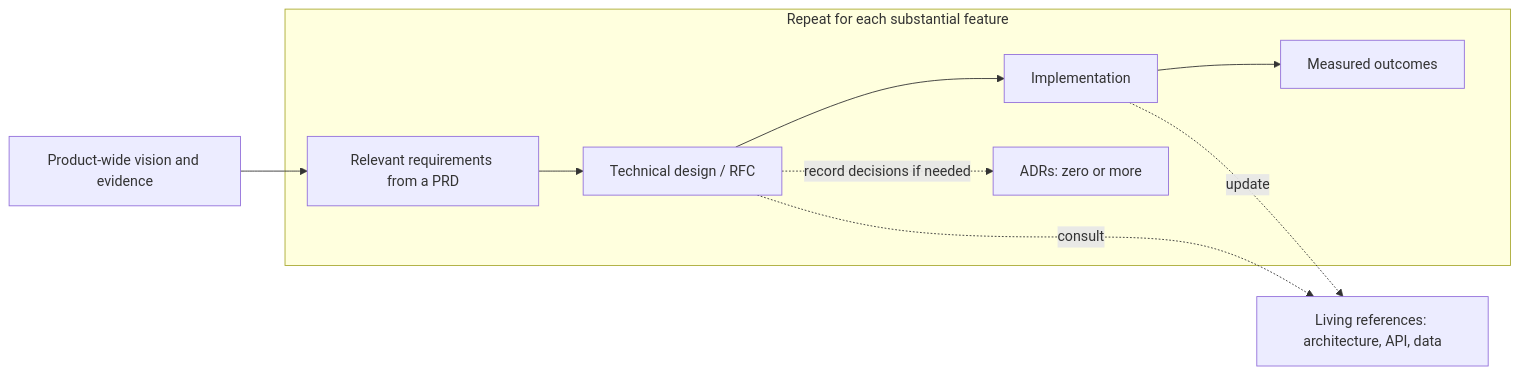
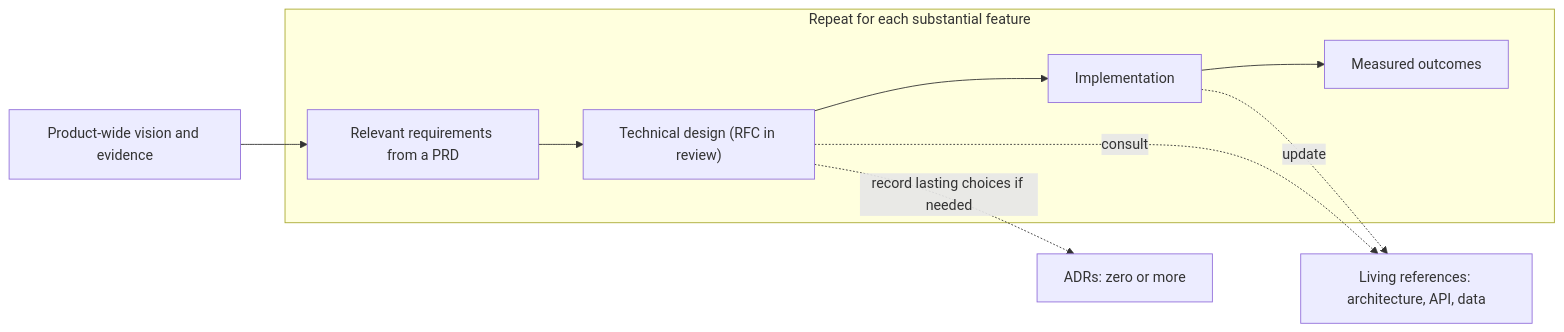
One commit to timstu98/pubPoint changed the diagram in docs/document-types.md. Above: the diagram before and after it, drawn with Mermaid. The commit also changed other lines of this file and 11 other files, not shown here.

````diff
--- a/docs/document-types.md
+++ b/docs/document-types.md
@@ -49,12 +49,12 @@
 ```mermaid
 flowchart LR
     V["Product-wide vision and evidence"] --> P
 
     subgraph feature["Repeat for each substantial feature"]
-        P["Relevant requirements from a PRD"] --> D["Technical design / RFC"] --> I["Implementation"] --> M["Measured outcomes"]
-        D -. "record decisions if needed" .-> A["ADRs: zero or more"]
+        P["Relevant requirements from a PRD"] --> D["Technical design (RFC in review)"] --> I["Implementation"] --> M["Measured outcomes"]
     end
 
+    D -. "record lasting choices if needed" .-> A["ADRs: zero or more"]
     D -. "consult" .-> L["Living references: architecture, API, data"]
     I -. "update" .-> L
 ```
````
